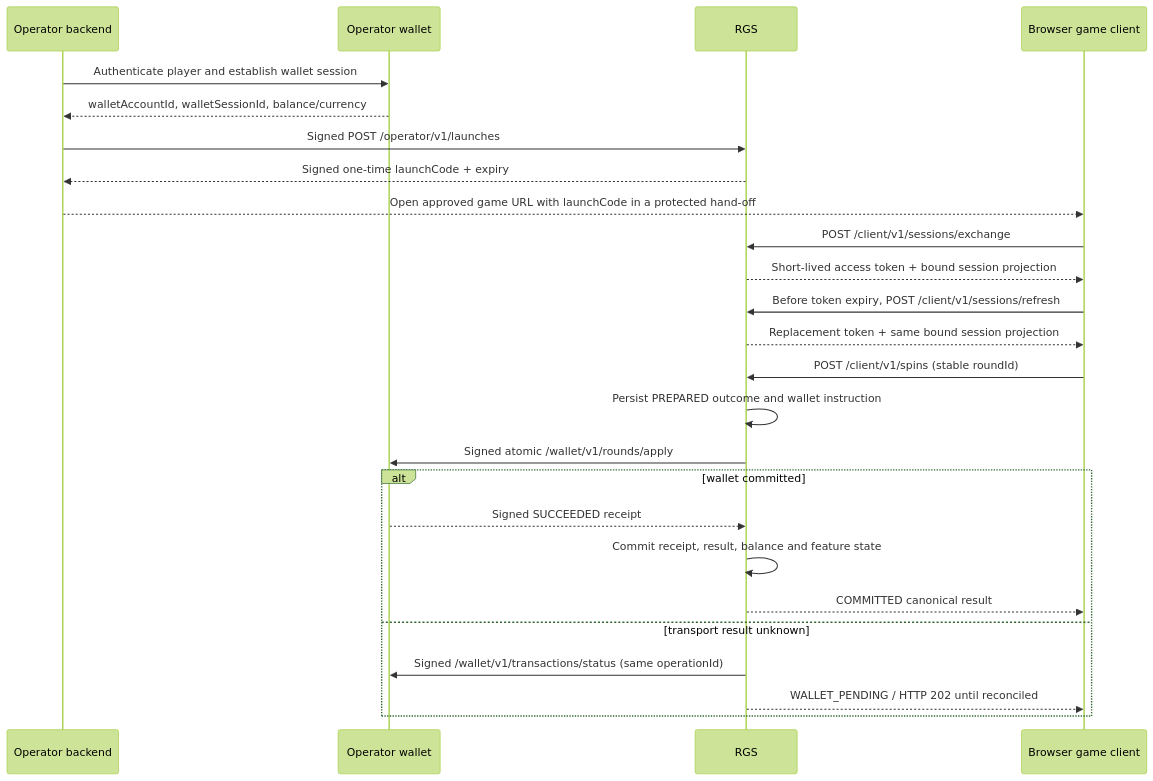
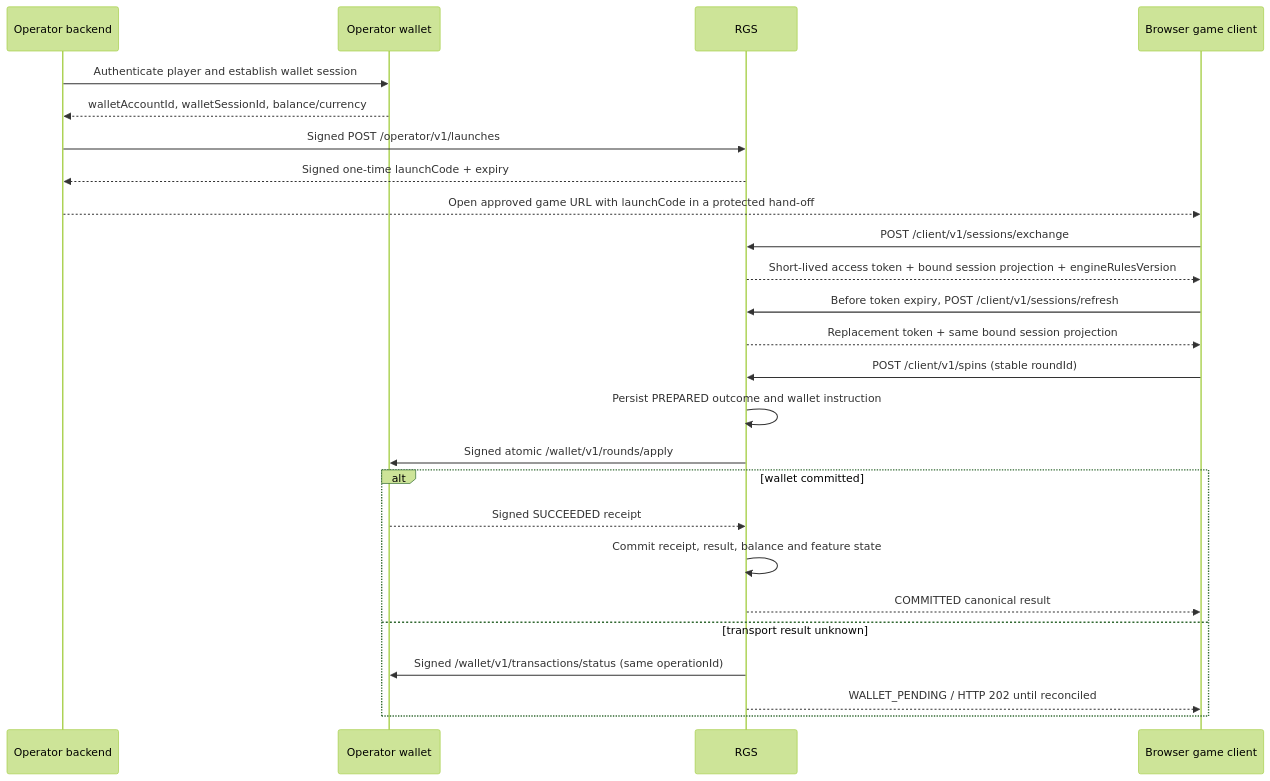
The diagram in slots-game/docs/operator-integration.md (qqq723000-hash/slots-game), drawn with Mermaid (forest theme) before and after one commit. The commit also changed other lines of this file and 335 other files, not shown here.

````diff
--- a/slots-game/docs/operator-integration.md
+++ b/slots-game/docs/operator-integration.md
@@ -28,28 +28,28 @@
 ```mermaid
 sequenceDiagram
     participant O as Operator backend
     participant W as Operator wallet
     participant R as RGS
     participant B as Browser game client
 
     O->>W: Authenticate player and establish wallet session
     W-->>O: walletAccountId, walletSessionId, balance/currency
     O->>R: Signed POST /operator/v1/launches
     R-->>O: Signed one-time launchCode + expiry
     O-->>B: Open approved game URL with launchCode in a protected hand-off
     B->>R: POST /client/v1/sessions/exchange
-    R-->>B: Short-lived access token + bound session projection
+    R-->>B: Short-lived access token + bound session projection + engineRulesVersion
     B->>R: Before token expiry, POST /client/v1/sessions/refresh
     R-->>B: Replacement token + same bound session projection
     B->>R: POST /client/v1/spins (stable roundId)
     R->>R: Persist PREPARED outcome and wallet instruction
     R->>W: Signed atomic /wallet/v1/rounds/apply
     alt wallet committed
         W-->>R: Signed SUCCEEDED receipt
         R->>R: Commit receipt, result, balance and feature state
         R-->>B: COMMITTED canonical result
     else transport result unknown
         R->>W: Signed /wallet/v1/transactions/status (same operationId)
         R-->>B: WALLET_PENDING / HTTP 202 until reconciled
     end
 ```
````
